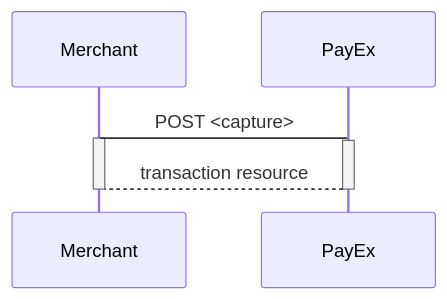
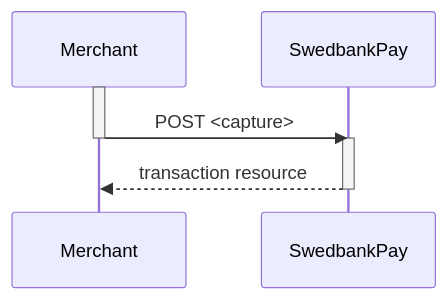
One commit to SwedbankPay/developer.swedbankpay.com changed the second of 4 diagrams in _includes/payment-link.md. Above: the diagram before and after it, drawn with Mermaid. The commit also changed other lines of this file and 6 other files, not shown here.

Commit message:
DX-413 fixed tables, added links and fixed diagrams

````diff
--- a/_includes/payment-link.md
+++ b/_includes/payment-link.md
@@ -211,9 +213,7 @@
 ```mermaid
 sequenceDiagram
-Merchant->PayEx: POST <capture>
 activate Merchant
-activate PayEx
-PayEx-->Merchant: transaction resource
-deactivate PayEx
-deactivate Merchant
+Merchant->>-SwedbankPay: POST <capture>
+activate SwedbankPay
+SwedbankPay-->>-Merchant: transaction resource
 ```
````
